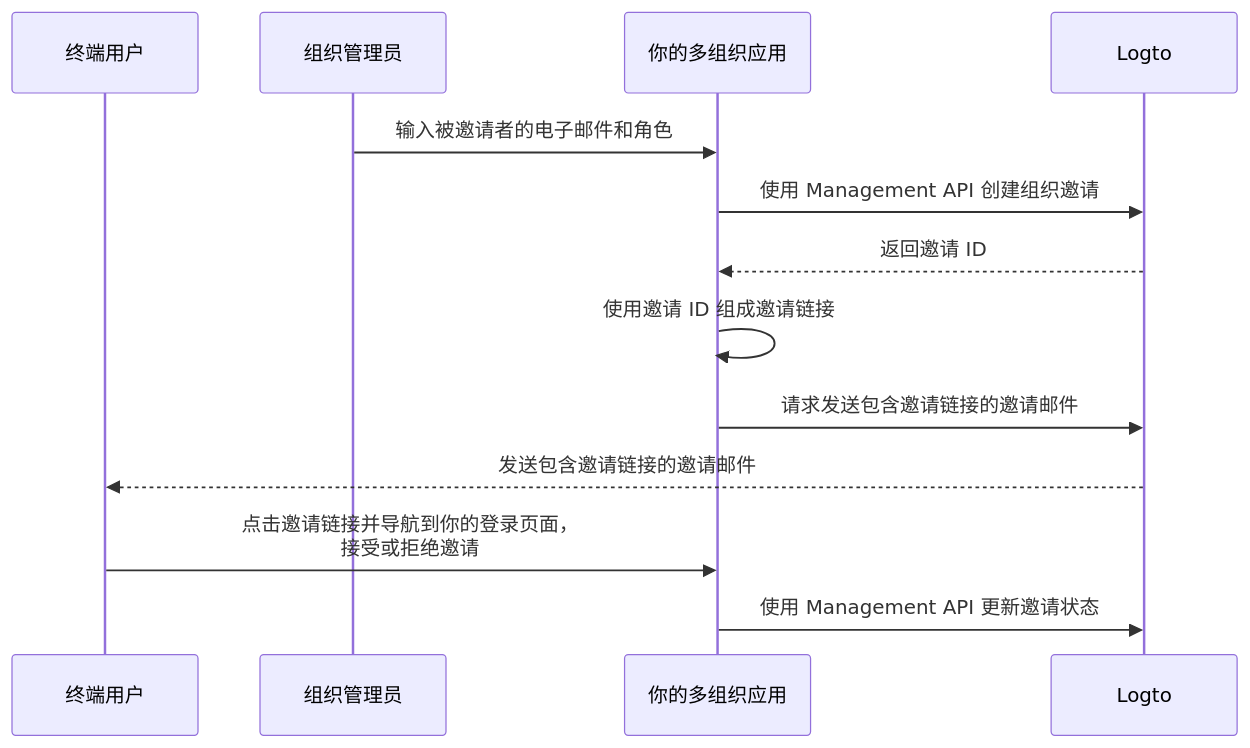
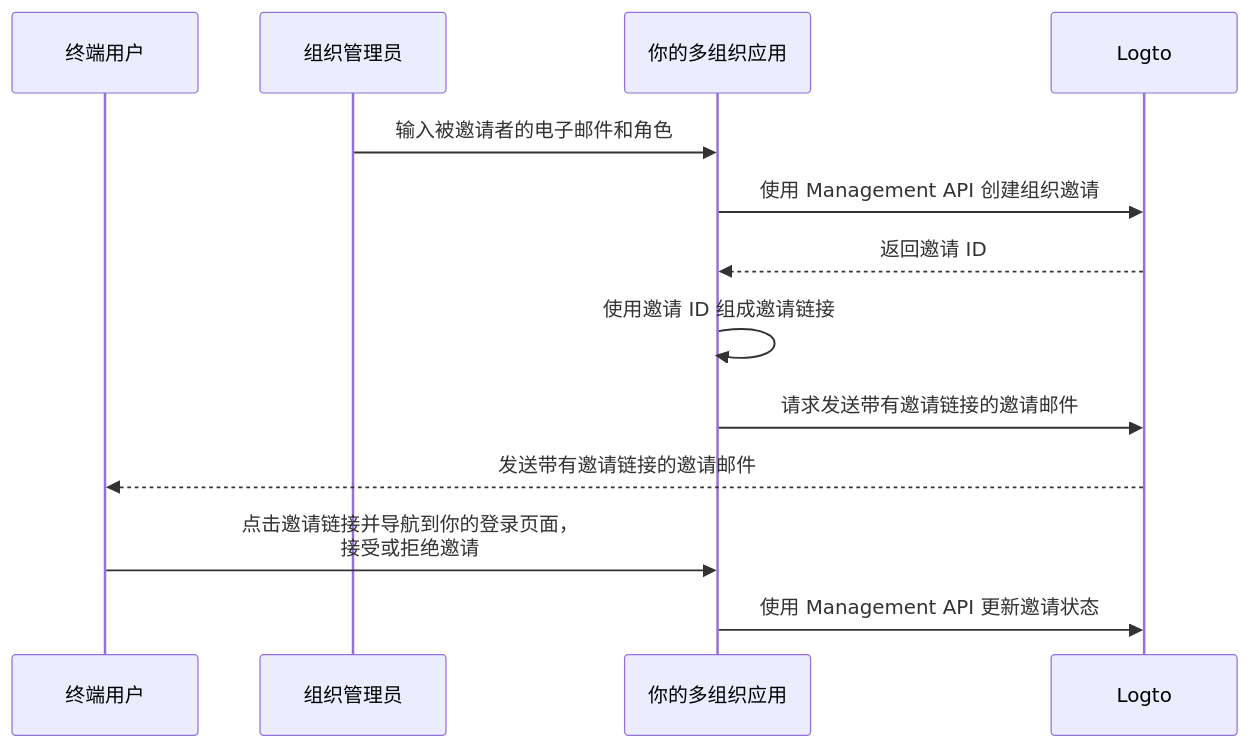
The diagram in i18n/zh-CN/docusaurus-plugin-content-docs/current/end-user-flows/organization-experience/invite-organization-members.mdx (logto-io/docs), drawn with Mermaid before and after one commit. The commit also changed other lines of this file and 407 other files, not shown here.

````diff
--- a/i18n/zh-CN/docusaurus-plugin-content-docs/current/end-user-flows/organization-experience/invite-organization-members.mdx
+++ b/i18n/zh-CN/docusaurus-plugin-content-docs/current/end-user-flows/organization-experience/invite-organization-members.mdx
@@ -13,16 +13,16 @@
 ```mermaid
 sequenceDiagram
 	Participant U as 终端用户
   Participant A as 组织管理员
   Participant C as 你的多组织应用
 	Participant L as Logto
 
   A ->> C: 输入被邀请者的电子邮件和角色
   C ->> L: 使用 Management API 创建组织邀请
   L -->> C: 返回邀请 ID
   C ->> C: 使用邀请 ID 组成邀请链接
-  C ->> L: 请求发送包含邀请链接的邀请邮件
-  L -->> U: 发送包含邀请链接的邀请邮件
+  C ->> L: 请求发送带有邀请链接的邀请邮件
+  L -->> U: 发送带有邀请链接的邀请邮件
   U ->> C: 点击邀请链接并导航到你的登录页面，<br />接受或拒绝邀请
   C ->> L: 使用 Management API 更新邀请状态
 ```
````
